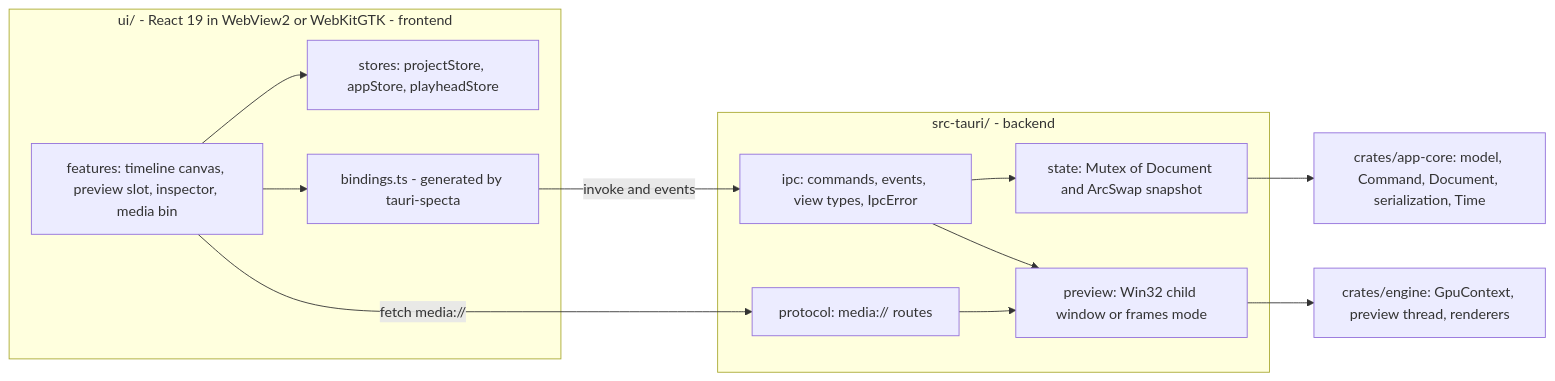
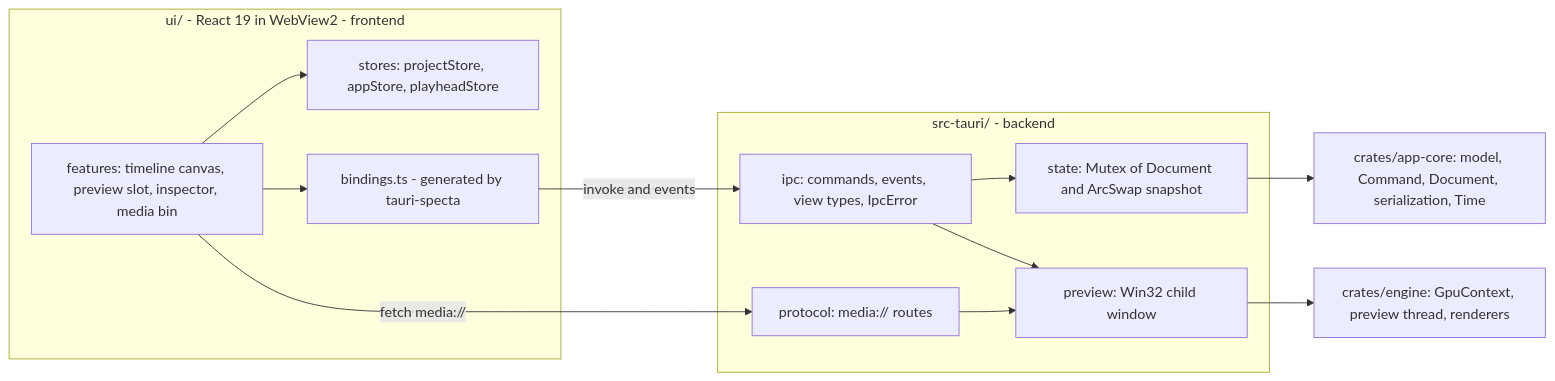
One commit to emicon123/cutframe changed the first of 7 diagrams in docs/architecture.md. Above: the diagram before and after it, drawn with Mermaid. The commit also changed other lines of this file and 19 other files, not shown here.

````diff
--- a/docs/architecture.md
+++ b/docs/architecture.md
@@ -13,25 +13,25 @@
 ```mermaid
 flowchart LR
-  subgraph UI["ui/ - React 19 in WebView2 or WebKitGTK - frontend"]
+  subgraph UI["ui/ - React 19 in WebView2 - frontend"]
     features["features: timeline canvas, preview slot, inspector, media bin"]
     stores["stores: projectStore, appStore, playheadStore"]
     bindings["bindings.ts - generated by tauri-specta"]
   end
   subgraph Shell["src-tauri/ - backend"]
     ipc["ipc: commands, events, view types, IpcError"]
     appState["state: Mutex of Document and ArcSwap snapshot"]
-    preview["preview: Win32 child window or frames mode"]
+    preview["preview: Win32 child window"]
     protocol["protocol: media:// routes"]
   end
   core["crates/app-core: model, Command, Document, serialization, Time"]
   engine["crates/engine: GpuContext, preview thread, renderers"]
   features --> stores
   features --> bindings
   bindings -- "invoke and events" --> ipc
   features -- "fetch media://" --> protocol
   ipc --> appState
   appState --> core
   ipc --> preview
   preview --> engine
   protocol --> preview
 ```
````
